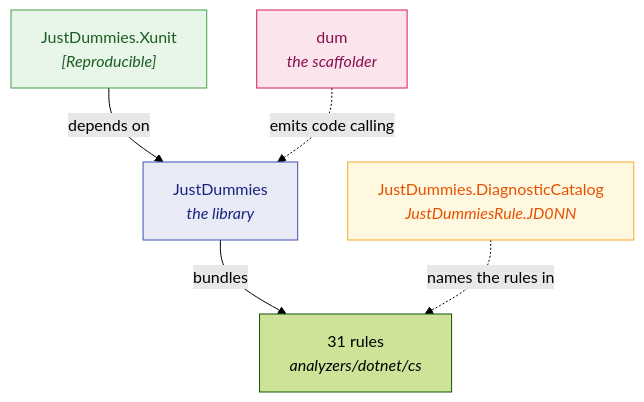
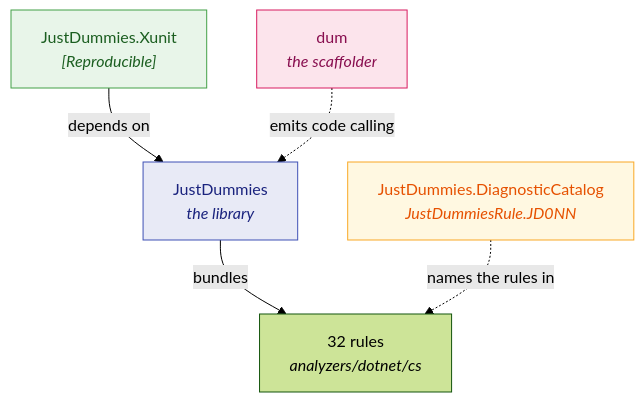
Before and after one commit to Reefact/just-dummies: the diagram in doc/handwritten/for-users/packages/README.md, drawn with Mermaid (forest theme). The commit also changed other lines of this file and 30 other files, not shown here.

````diff
--- a/doc/handwritten/for-users/packages/README.md
+++ b/doc/handwritten/for-users/packages/README.md
@@ -18,12 +18,12 @@
 ```mermaid
 flowchart TD
-    L["JustDummies<br/><i>the library</i>"] -->|"bundles"| A["31 rules<br/><i>analyzers/dotnet/cs</i>"]
+    L["JustDummies<br/><i>the library</i>"] -->|"bundles"| A["32 rules<br/><i>analyzers/dotnet/cs</i>"]
     X["JustDummies.Xunit<br/><i>[Reproducible]</i>"] -->|"depends on"| L
     C["JustDummies.DiagnosticCatalog<br/><i>JustDummiesRule.JD0NN</i>"]
     C -.->|"names the rules in"| A
     D["dum<br/><i>the scaffolder</i>"] -.->|"emits code calling"| L
     style L fill:#e8eaf6,stroke:#3f51b5,color:#1a237e
     style X fill:#e8f5e9,stroke:#43a047,color:#1b5e20
     style C fill:#fff8e1,stroke:#f9a825,color:#e65100
     style D fill:#fce4ec,stroke:#d81b60,color:#880e4f
 ```
````
